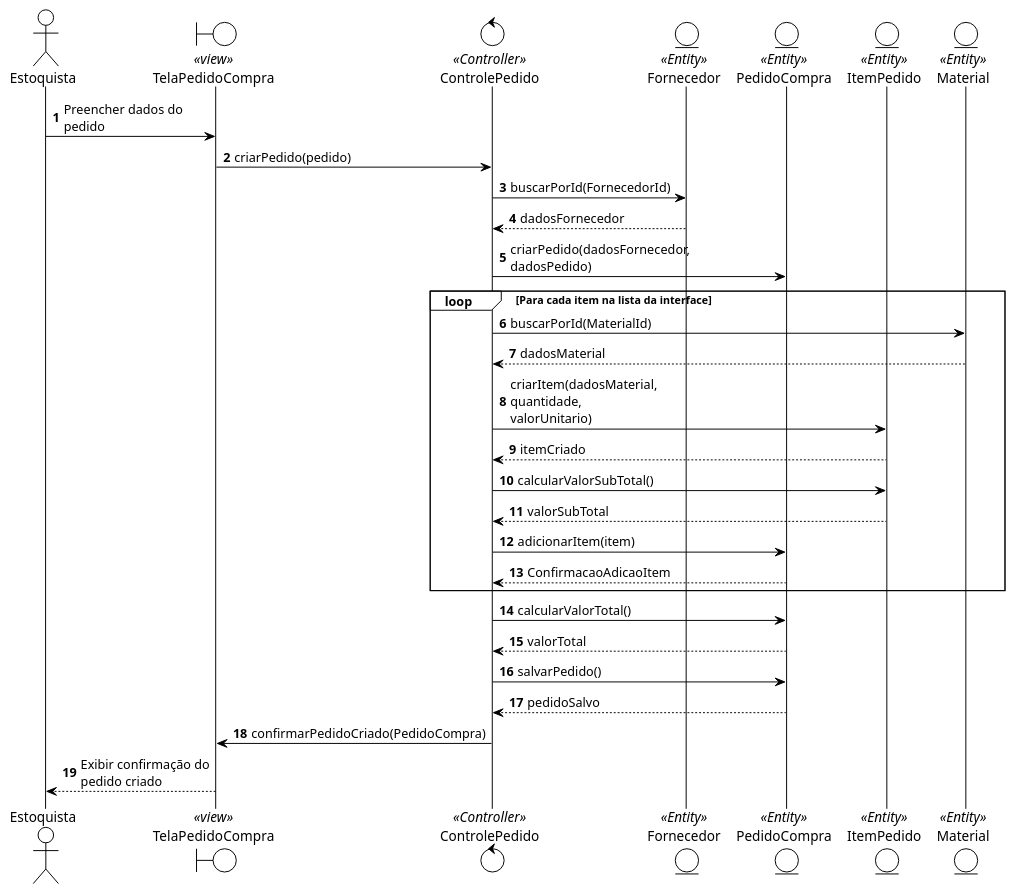
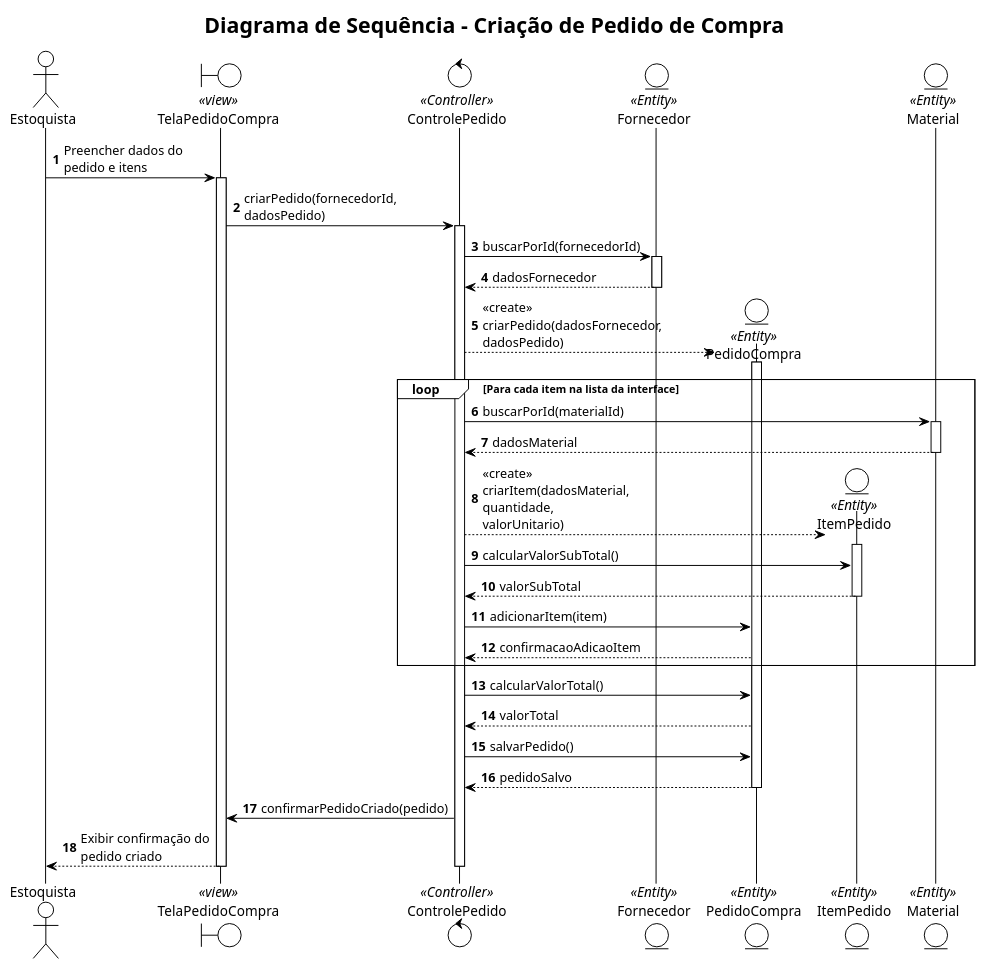
One commit to bernardoanobrega/oBRAS changed the diagram in Diagramas dinamicos/Modulo Compras e Fornecedores/ComprasFornecedores.puml. Above: the diagram before and after it, drawn with PlantUML. The commit also changed 10 other files, not shown here.

```diff
--- a/Diagramas dinamicos/Modulo Compras e Fornecedores/ComprasFornecedores.puml
+++ b/Diagramas dinamicos/Modulo Compras e Fornecedores/ComprasFornecedores.puml
@@ -1,42 +1,57 @@
-@startuml
+@startuml compras-fornecedores-sequence
 !theme plain
+title Diagrama de Sequência - Criação de Pedido de Compra
 skinparam maxMessageSize 150
 autonumber
 
 actor "Estoquista" as user
 boundary "TelaPedidoCompra" as view <<view>>
 control "ControlePedido" as ctrl <<Controller>>
 entity "Fornecedor" as fornecedor <<Entity>>
 entity "PedidoCompra" as pedido <<Entity>>
 entity "ItemPedido" as item <<Entity>>
 entity "Material" as material <<Entity>>
 
-user -> view : Preencher dados do pedido
-view -> ctrl : criarPedido(pedido)
-ctrl -> fornecedor : buscarPorId(FornecedorId)
-return dadosFornecedor
+user -> view : Preencher dados do pedido e itens
+activate view
 
-ctrl -> pedido : criarPedido(dadosFornecedor, dadosPedido)
+view -> ctrl : criarPedido(fornecedorId, dadosPedido)
+activate ctrl
+
+ctrl -> fornecedor : buscarPorId(fornecedorId)
+activate fornecedor
+fornecedor --> ctrl : dadosFornecedor
+deactivate fornecedor
+
+ctrl --> pedido ** : <<create>> criarPedido(dadosFornecedor, dadosPedido)
+activate pedido
+
 loop Para cada item na lista da interface
-    ctrl -> material : buscarPorId(MaterialId)
-    return dadosMaterial
+    ctrl -> material : buscarPorId(materialId)
+    activate material
+    material --> ctrl : dadosMaterial
+    deactivate material
 
-    ctrl -> item : criarItem(dadosMaterial, quantidade, valorUnitario)
-    return itemCriado
-
+    ctrl --> item ** : <<create>> criarItem(dadosMaterial, quantidade, valorUnitario)
+    activate item
     ctrl -> item : calcularValorSubTotal()
-    return valorSubTotal
+    item --> ctrl : valorSubTotal
+    deactivate item
 
     ctrl -> pedido : adicionarItem(item)
-    return ConfirmacaoAdicaoItem
+    pedido --> ctrl : confirmacaoAdicaoItem
 end
 
 ctrl -> pedido : calcularValorTotal()
-return valorTotal
+pedido --> ctrl : valorTotal
 
 ctrl -> pedido : salvarPedido()
-return pedidoSalvo
-ctrl -> view: confirmarPedidoCriado(PedidoCompra)
+pedido --> ctrl : pedidoSalvo
+deactivate pedido
+
+ctrl -> view : confirmarPedidoCriado(pedido)
 view --> user : Exibir confirmação do pedido criado
 
+deactivate ctrl
+deactivate view
 @enduml
```
